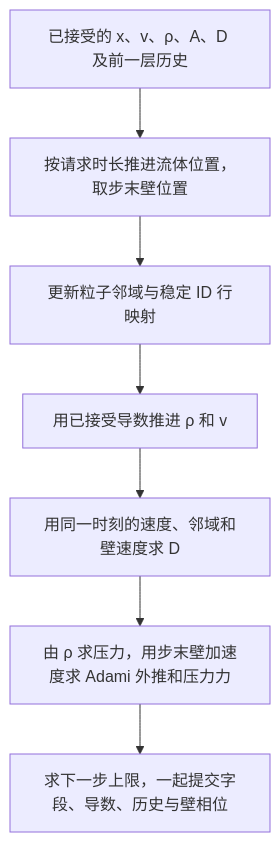
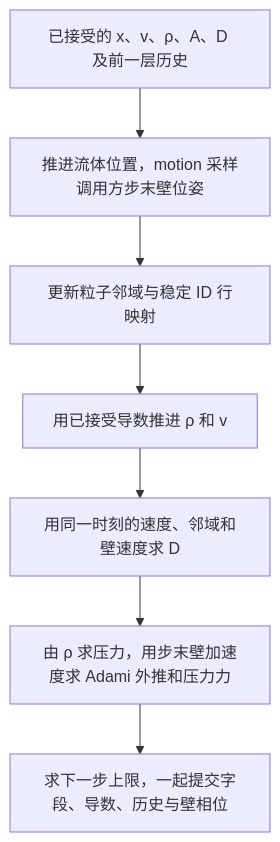
The diagram in validation/sph/central-difference-serial.md (joe-cheung-cae/nexora), drawn with Mermaid before and after one commit. The commit also changed other lines of this file and 40 other files, not shown here.

````diff
--- a/validation/sph/central-difference-serial.md
+++ b/validation/sph/central-difference-serial.md
@@ -5,9 +5,9 @@
 ```mermaid
 flowchart TD
-  old["已接受的 x、v、ρ、A、D 及前一层历史"] --> move["按请求时长推进流体位置，取步末壁位置"]
+  old["已接受的 x、v、ρ、A、D 及前一层历史"] --> move["推进流体位置，motion 采样调用方步末壁位姿"]
   move --> grid["更新粒子邻域与稳定 ID 行映射"]
   grid --> fields["用已接受导数推进 ρ 和 v"]
   fields --> rate["用同一时刻的速度、邻域和壁速度求 D"]
   rate --> force["由 ρ 求压力，用步末壁加速度求 Adami 外推和压力力"]
   force --> commit["求下一步上限，一起提交字段、导数、历史与壁相位"]
 ```
````
